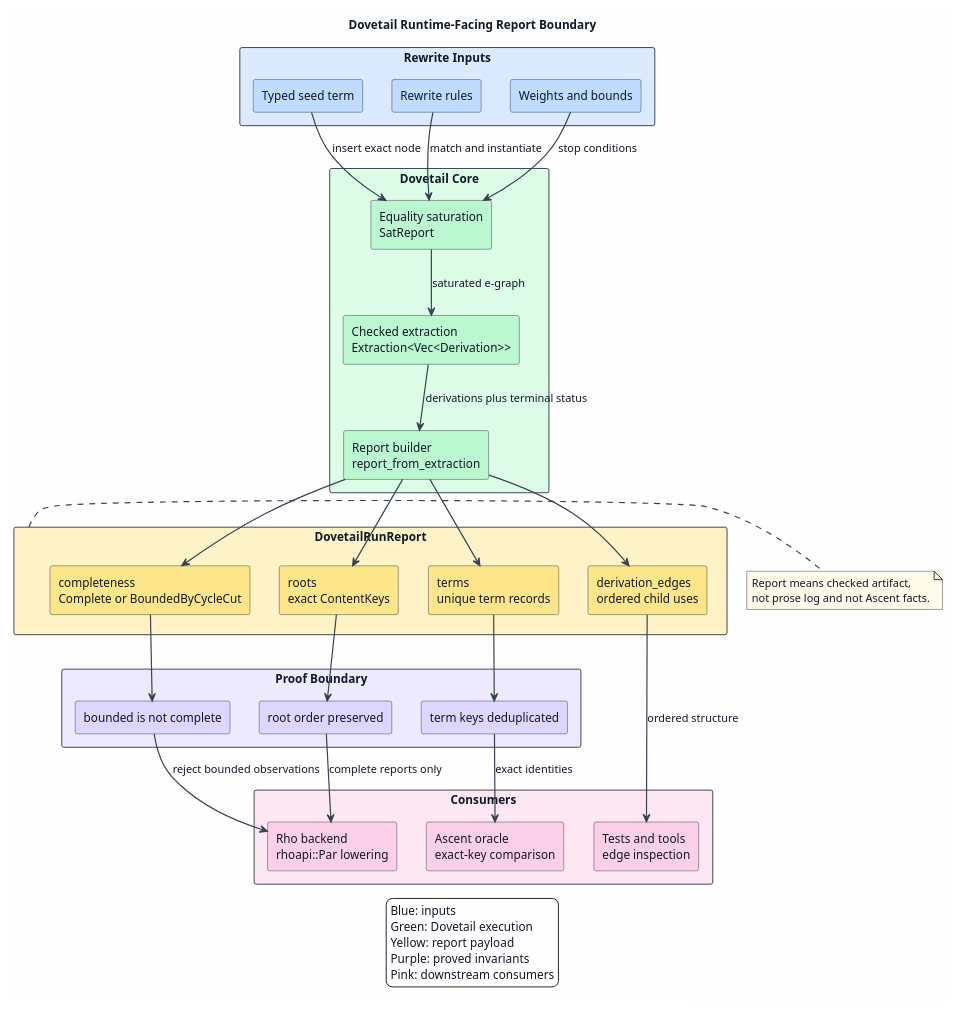
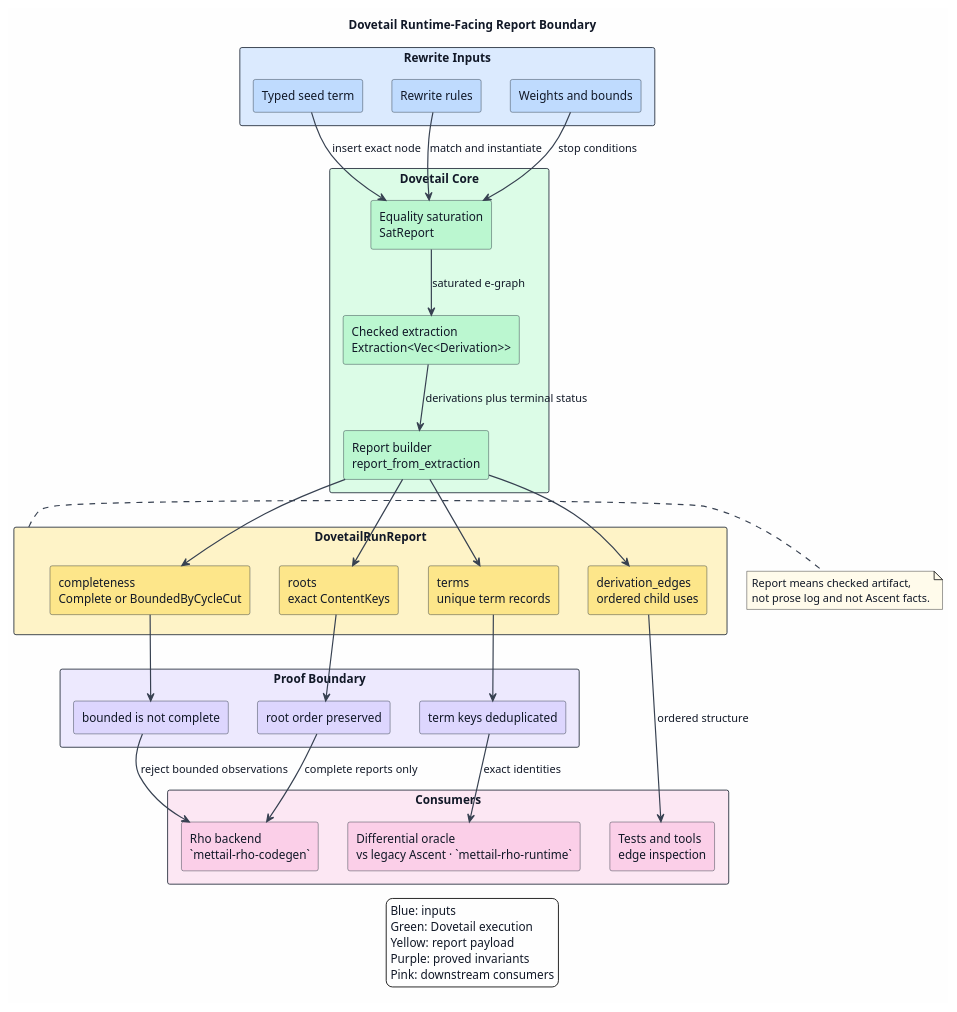
The diagram in docs/architecture/dovetail/figures/10-report-boundary.puml (F1R3FLY-io/mettail-rust), drawn with PlantUML before and after one commit. The commit also changed 11 other files, not shown here.

First line of the commit message:
Refine diagram actors: name owning crates, fix misattributions (DOC-6)

```diff
--- a/docs/architecture/dovetail/figures/10-report-boundary.puml
+++ b/docs/architecture/dovetail/figures/10-report-boundary.puml
@@ -1,75 +1,75 @@
 @startuml
 title Dovetail Runtime-Facing Report Boundary
 
 skinparam backgroundColor #FEFEFE
 skinparam shadowing false
 skinparam ArrowColor #374151
 skinparam ArrowThickness 1.4
 skinparam defaultFontColor #111827
 skinparam rectangle {
   BorderColor #1F2937
   FontColor #111827
 }
 skinparam componentStyle rectangle
 
 rectangle "Rewrite Inputs" as Inputs #DBEAFE {
   rectangle "Typed seed term" as Seed #BFDBFE
   rectangle "Rewrite rules" as Rules #BFDBFE
   rectangle "Weights and bounds" as Bounds #BFDBFE
 }
 
 rectangle "Dovetail Core" as Core #DCFCE7 {
   rectangle "Equality saturation\nSatReport" as Saturation #BBF7D0
   rectangle "Checked extraction\nExtraction<Vec<Derivation>>" as Extraction #BBF7D0
   rectangle "Report builder\nreport_from_extraction" as Builder #BBF7D0
 }
 
 rectangle "DovetailRunReport" as Report #FEF3C7 {
   rectangle "roots\nexact ContentKeys" as Roots #FDE68A
   rectangle "terms\nunique term records" as Terms #FDE68A
   rectangle "derivation_edges\nordered child uses" as Edges #FDE68A
   rectangle "completeness\nComplete or BoundedByCycleCut" as Completeness #FDE68A
 }
 
 rectangle "Proof Boundary" as Proof #EDE9FE {
   rectangle "root order preserved" as RootProof #DDD6FE
   rectangle "term keys deduplicated" as TermProof #DDD6FE
   rectangle "bounded is not complete" as BoundedProof #DDD6FE
 }
 
 rectangle "Consumers" as Consumers #FCE7F3 {
-  rectangle "Rho backend\nrhoapi::Par lowering" as Rho #FBCFE8
-  rectangle "Ascent oracle\nexact-key comparison" as Oracle #FBCFE8
+  rectangle "Rho backend\n`mettail-rho-codegen`" as Rho #FBCFE8
+  rectangle "Differential oracle\nvs legacy Ascent · `mettail-rho-runtime`" as Oracle #FBCFE8
   rectangle "Tests and tools\nedge inspection" as Tools #FBCFE8
 }
 
 Seed --> Saturation : insert exact node
 Rules --> Saturation : match and instantiate
 Bounds --> Saturation : stop conditions
 Saturation --> Extraction : saturated e-graph
 Extraction --> Builder : derivations plus terminal status
 Builder --> Roots
 Builder --> Terms
 Builder --> Edges
 Builder --> Completeness
 Roots --> RootProof
 Terms --> TermProof
 Completeness --> BoundedProof
 RootProof --> Rho : complete reports only
 TermProof --> Oracle : exact identities
 Edges --> Tools : ordered structure
 BoundedProof --> Rho : reject bounded observations
 
 note right of Report #FFFBEB
   Report means checked artifact,
   not prose log and not Ascent facts.
 end note
 
 legend bottom
   Blue: inputs
   Green: Dovetail execution
   Yellow: report payload
   Purple: proved invariants
   Pink: downstream consumers
 endlegend
 @enduml
```
